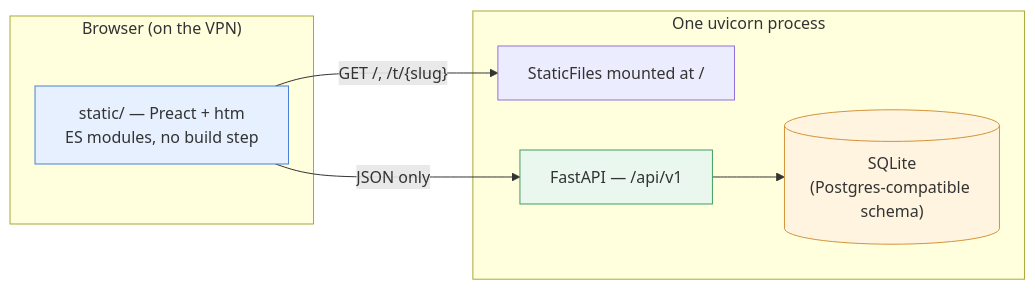
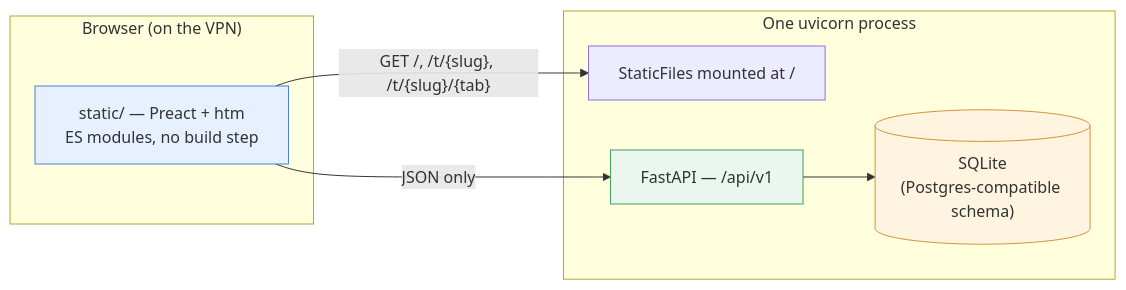
Before and after one commit to pehala/tripaccounter: the first of 7 diagrams in design/ARCHITECTURE.md, drawn with Mermaid. The commit also changed other lines of this file and 19 other files, not shown here.

````diff
--- a/design/ARCHITECTURE.md
+++ b/design/ARCHITECTURE.md
@@ -16,20 +16,20 @@
 ```mermaid
 flowchart LR
     subgraph browser["Browser (on the VPN)"]
         ui["static/ — Preact + htm<br/>ES modules, no build step"]
     end
 
     subgraph host["One uvicorn process"]
         static["StaticFiles mounted at /"]
         api["FastAPI — /api/v1"]
         db[("SQLite<br/>(Postgres-compatible schema)")]
     end
 
-    ui -- "GET /, /t/{slug}" --> static
+    ui -- "GET /, /t/{slug}, /t/{slug}/{tab}" --> static
     ui -- "JSON only" --> api
     api --> db
 
     style ui fill:#e7f0ff,stroke:#4a7fd4
     style api fill:#e9f7ee,stroke:#3f9e5f
     style db fill:#fff4e0,stroke:#d2933a
 ```
````
